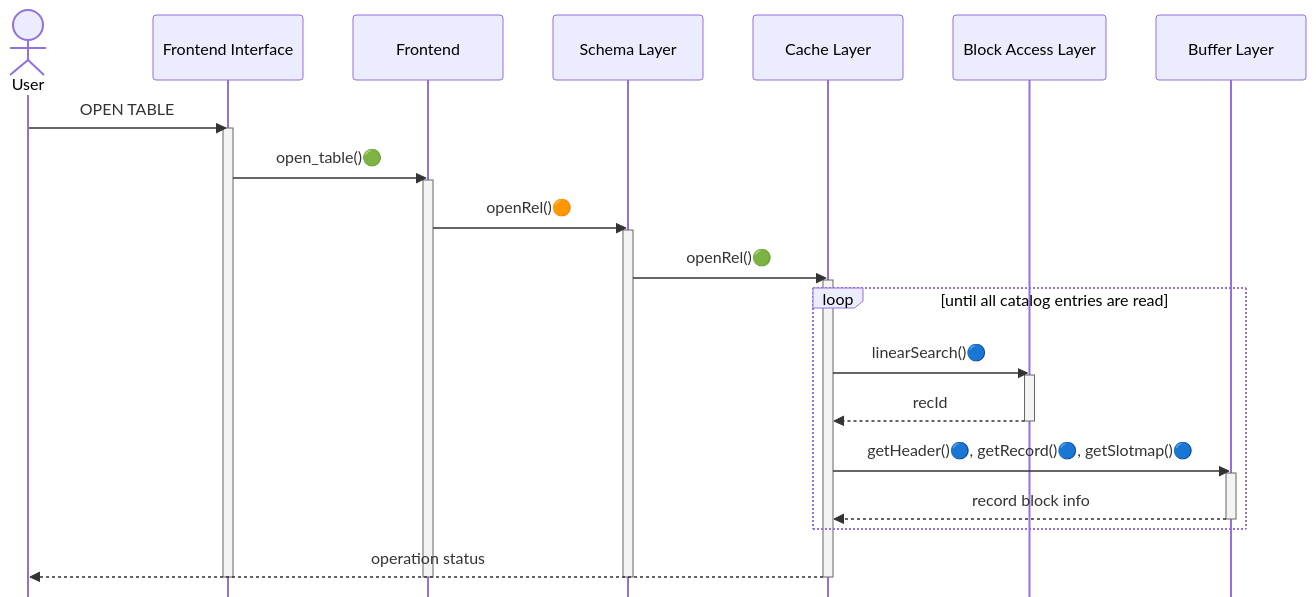
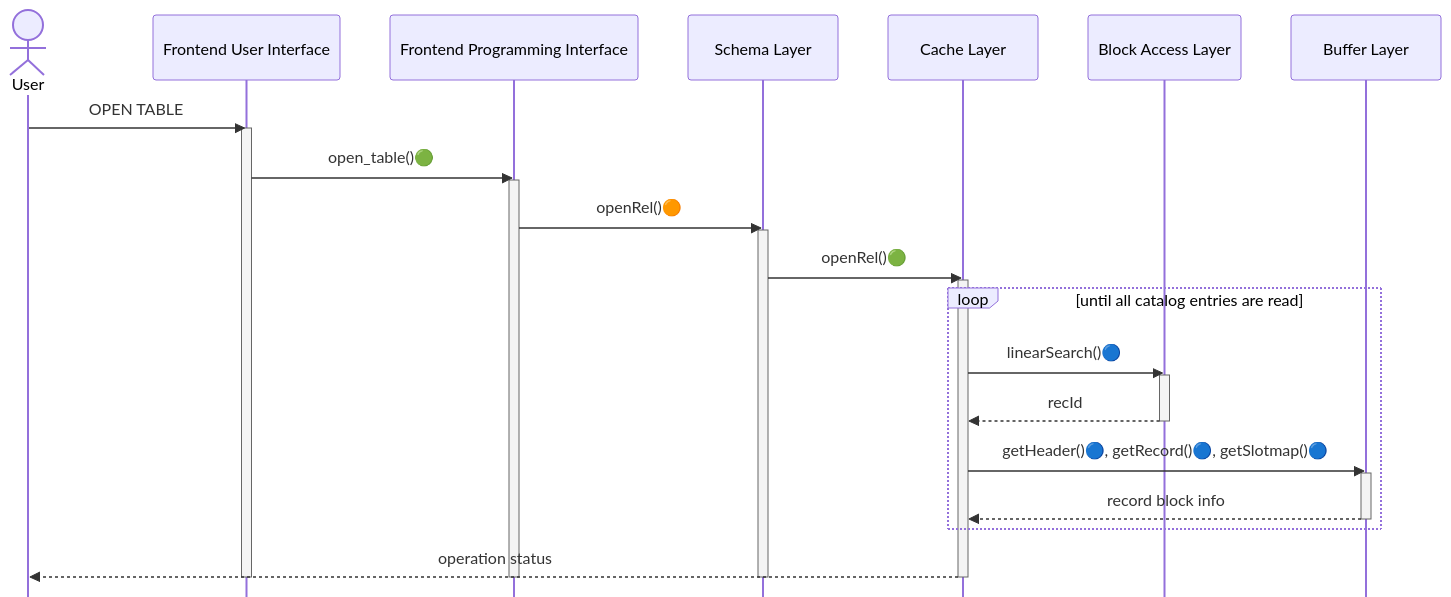
Before and after one commit to NITCbase/nitcbase.github.io: the first of 2 diagrams in docs/Roadmap/Stage05.md, drawn with Mermaid. The commit also changed other lines of this file and 1 other file, not shown here.

````diff
--- a/docs/Roadmap/Stage05.md
+++ b/docs/Roadmap/Stage05.md
@@ -33,35 +33,35 @@
 ```mermaid
  %%{init: { 'sequence': {'mirrorActors':false} } }%%
 sequenceDiagram
     actor User
-    participant Frontend Interface
-    participant Frontend
+    participant Frontend User Interface
+    participant Frontend Programming Interface
     participant Schema Layer
     participant Cache Layer
     participant Block Access Layer
     participant Buffer Layer
-    User->>Frontend Interface: OPEN TABLE
-    activate Frontend Interface
-    Frontend Interface->>Frontend:open_table()🟢
-    activate Frontend
-    Frontend->>Schema Layer:openRel()🟠
+    User->>Frontend User Interface: OPEN TABLE
+    activate Frontend User Interface
+    Frontend User Interface->>Frontend Programming Interface:open_table()🟢
+    activate Frontend Programming Interface
+    Frontend Programming Interface->>Schema Layer:openRel()🟠
     activate Schema Layer
     Schema Layer->>Cache Layer:openRel()🟢
     activate Cache Layer
     loop until all catalog entries are read
       Cache Layer->>Block Access Layer:linearSearch()🔵
       activate Block Access Layer
       Block Access Layer-->>Cache Layer: recId
       deactivate Block Access Layer
       Cache Layer->>Buffer Layer:getHeader()🔵, getRecord()🔵, getSlotmap()🔵
       activate Buffer Layer
       Buffer Layer-->>Cache Layer: record block info
       deactivate Buffer Layer
     end
     Cache Layer-->>User:operation status
     deactivate Cache Layer
     deactivate Schema Layer
-    deactivate Frontend
-    deactivate Frontend Interface
+    deactivate Frontend Programming Interface
+    deactivate Frontend User Interface
 
 ```
````
